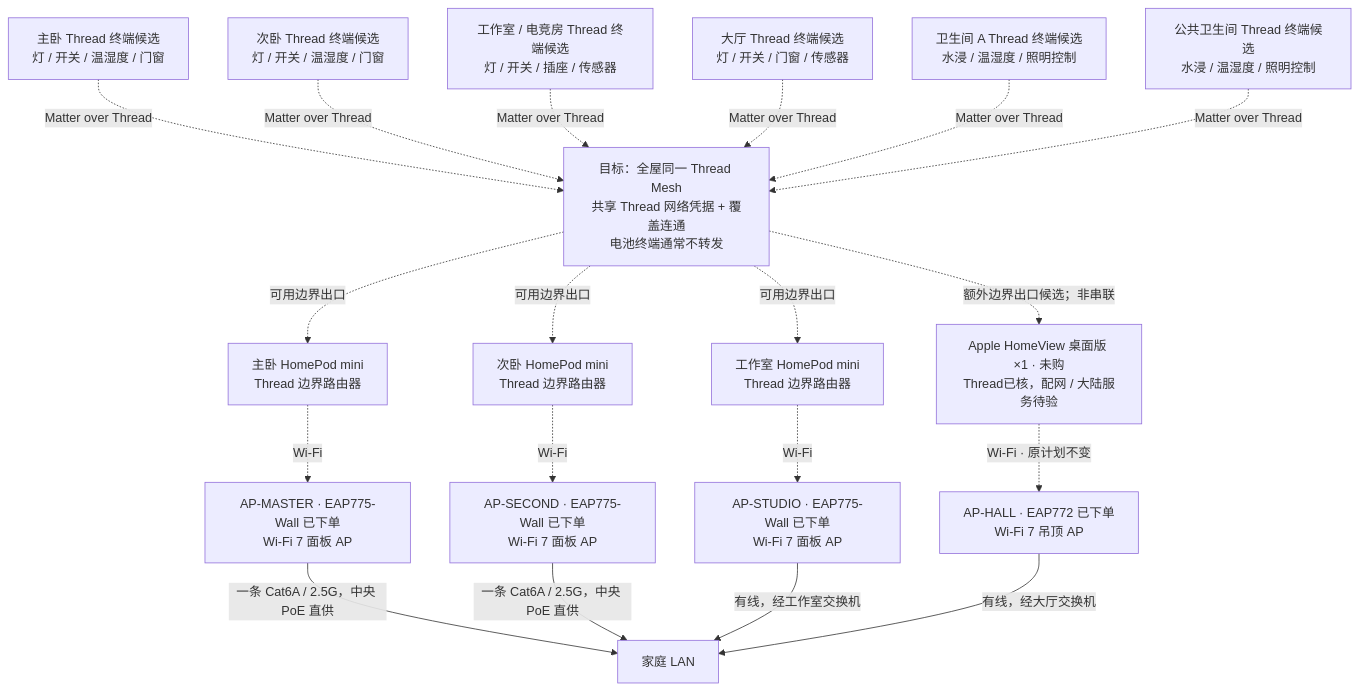
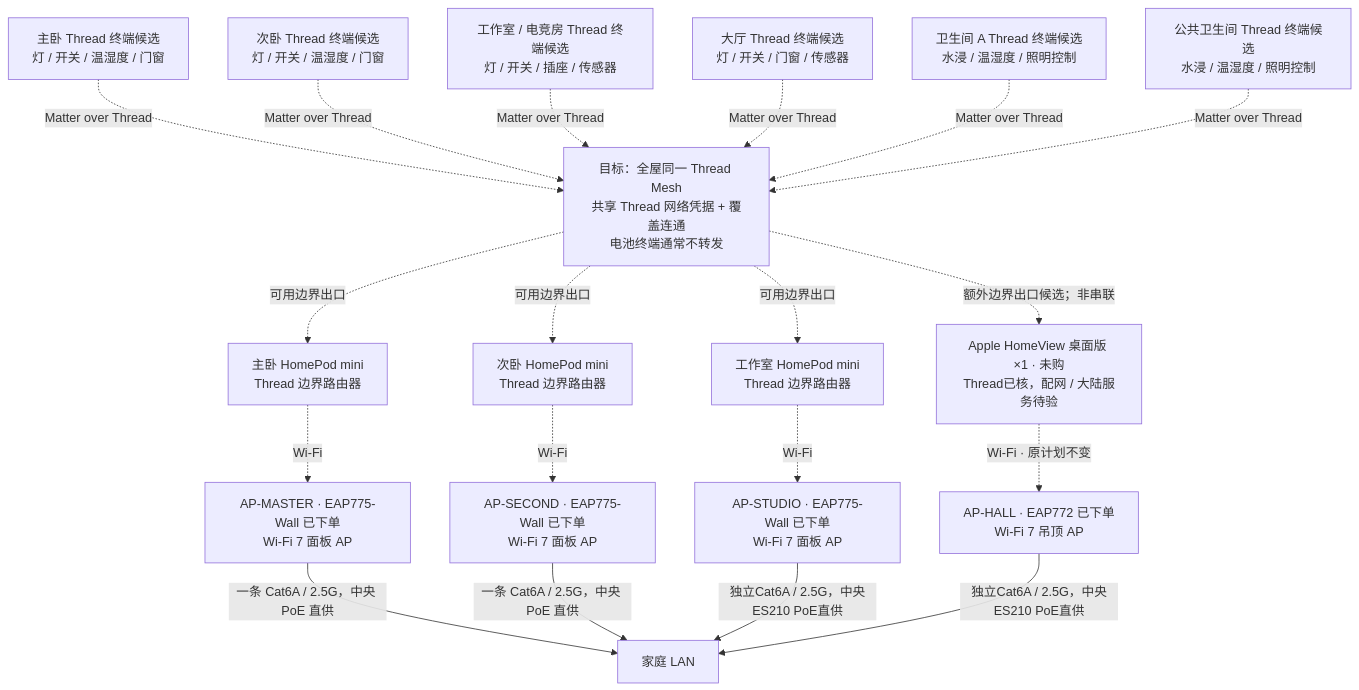
One commit to QZSAMA/AgentHomeAssistant changed the second of 2 diagrams in docs/smart-home-topology.md. Above: the diagram before and after it, drawn with Mermaid. The commit also changed other lines of this file and 11 other files, not shown here.

````diff
--- a/docs/smart-home-topology.md
+++ b/docs/smart-home-topology.md
@@ -174,32 +185,32 @@
 ```mermaid
 flowchart TB
     TM["主卧 Thread 终端候选<br/>灯 / 开关 / 温湿度 / 门窗"]
     TS["次卧 Thread 终端候选<br/>灯 / 开关 / 温湿度 / 门窗"]
     TW["工作室 / 电竞房 Thread 终端候选<br/>灯 / 开关 / 插座 / 传感器"]
     TH["大厅 Thread 终端候选<br/>灯 / 开关 / 门窗 / 传感器"]
     TB1["卫生间 A Thread 终端候选<br/>水浸 / 温湿度 / 照明控制"]
     TB2["公共卫生间 Thread 终端候选<br/>水浸 / 温湿度 / 照明控制"]
 
     MESH["目标：全屋同一 Thread Mesh<br/>共享 Thread 网络凭据 + 覆盖连通<br/>电池终端通常不转发"]
     TM -. "Matter over Thread" .-> MESH
     TS -. "Matter over Thread" .-> MESH
     TW -. "Matter over Thread" .-> MESH
     TH -. "Matter over Thread" .-> MESH
     TB1 -. "Matter over Thread" .-> MESH
     TB2 -. "Matter over Thread" .-> MESH
 
     MESH -. "可用边界出口" .-> HP1["主卧 HomePod mini<br/>Thread 边界路由器"]
     MESH -. "可用边界出口" .-> HP2["次卧 HomePod mini<br/>Thread 边界路由器"]
     MESH -. "可用边界出口" .-> HP3["工作室 HomePod mini<br/>Thread 边界路由器"]
 
     HP1 -. "Wi-Fi" .-> AP1["AP-MASTER · EAP775-Wall 已下单<br/>Wi-Fi 7 面板 AP"]
     HP2 -. "Wi-Fi" .-> AP2["AP-SECOND · EAP775-Wall 已下单<br/>Wi-Fi 7 面板 AP"]
     HP3 -. "Wi-Fi" .-> AP3["AP-STUDIO · EAP775-Wall 已下单<br/>Wi-Fi 7 面板 AP"]
     AP1 -->|"一条 Cat6A / 2.5G，中央 PoE 直供"| LAN["家庭 LAN"]
     AP2 -->|"一条 Cat6A / 2.5G，中央 PoE 直供"| LAN
-    AP3 -->|"有线，经工作室交换机"| LAN
+    AP3 -->|"独立Cat6A / 2.5G，中央ES210 PoE直供"| LAN
 
     HUB["Apple HomeView 桌面版 ×1 · 未购<br/>Thread已核，配网 / 大陆服务待验"] -. "Wi-Fi · 原计划不变" .-> AP4["AP-HALL · EAP772 已下单<br/>Wi-Fi 7 吊顶 AP"]
     MESH -. "额外边界出口候选；非串联" .-> HUB
-    AP4 -->|"有线，经大厅交换机"| LAN
+    AP4 -->|"独立Cat6A / 2.5G，中央ES210 PoE直供"| LAN
 ```
````
